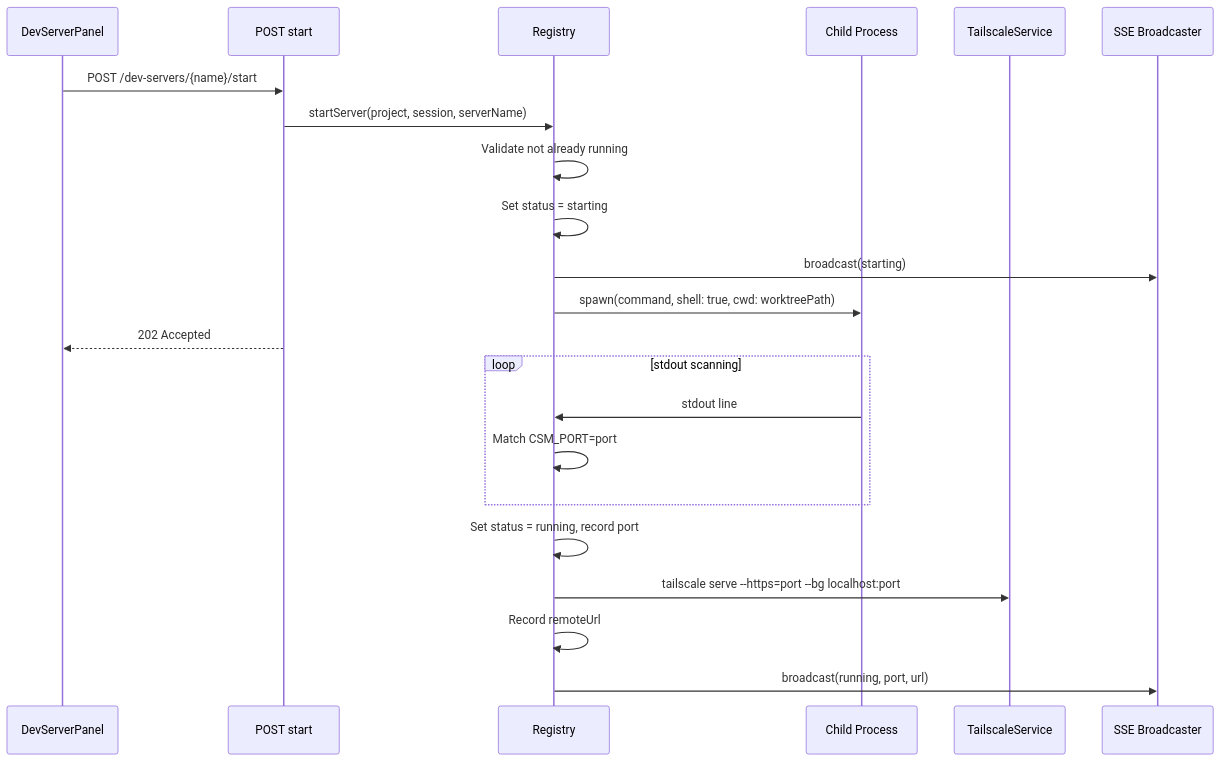
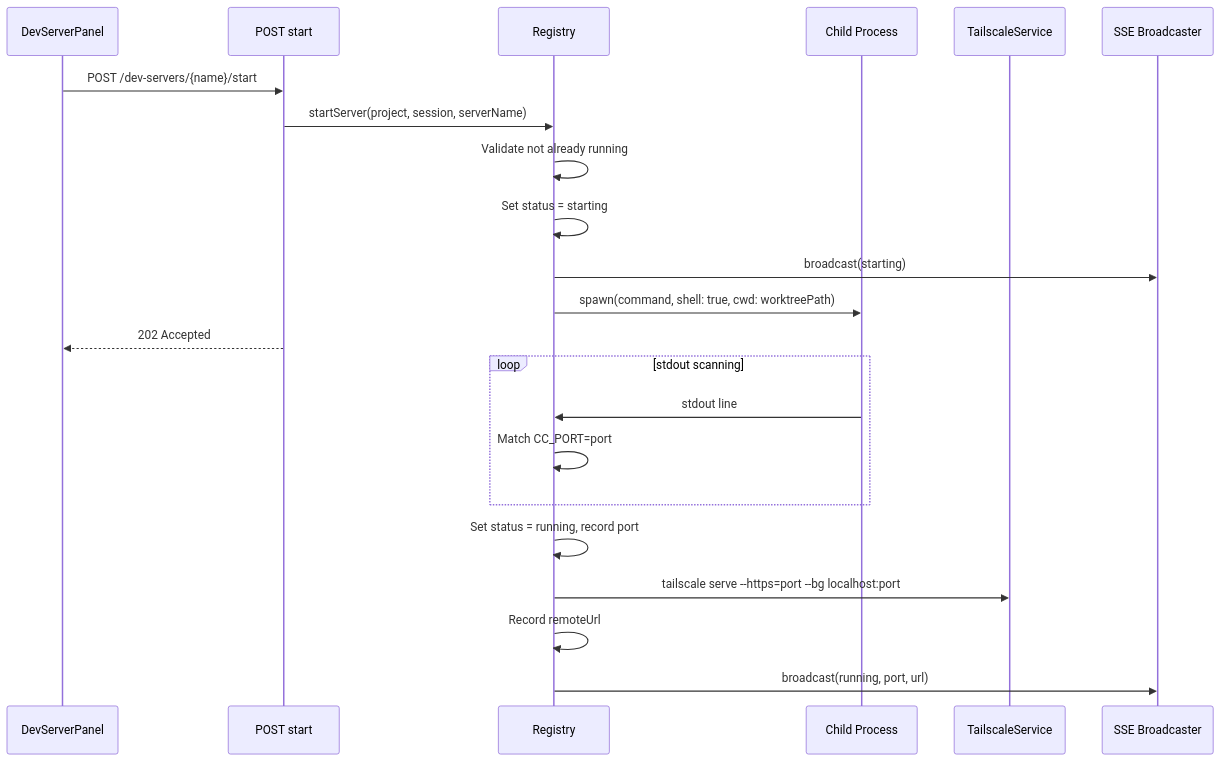
One commit to amhuppert/remote-ai-manager changed the second of 8 diagrams in .kiro/specs/dev-server-automation/design.md. Above: the diagram before and after it, drawn with Mermaid. The commit also changed other lines of this file and 141 other files, not shown here.

````diff
--- a/.kiro/specs/dev-server-automation/design.md
+++ b/.kiro/specs/dev-server-automation/design.md
@@ -109,27 +109,27 @@
 ```mermaid
 sequenceDiagram
     participant UI as DevServerPanel
     participant API as POST start
     participant Reg as Registry
     participant Proc as Child Process
     participant TS as TailscaleService
     participant SSE as SSE Broadcaster
 
     UI->>API: POST /dev-servers/{name}/start
     API->>Reg: startServer(project, session, serverName)
     Reg->>Reg: Validate not already running
     Reg->>Reg: Set status = starting
     Reg->>SSE: broadcast(starting)
     Reg->>Proc: spawn(command, shell: true, cwd: worktreePath)
     API-->>UI: 202 Accepted
 
     loop stdout scanning
         Proc->>Reg: stdout line
-        Reg->>Reg: Match CSM_PORT=port
+        Reg->>Reg: Match CC_PORT=port
     end
 
     Reg->>Reg: Set status = running, record port
     Reg->>TS: tailscale serve --https=port --bg localhost:port
     Reg->>Reg: Record remoteUrl
     Reg->>SSE: broadcast(running, port, url)
 ```
````
